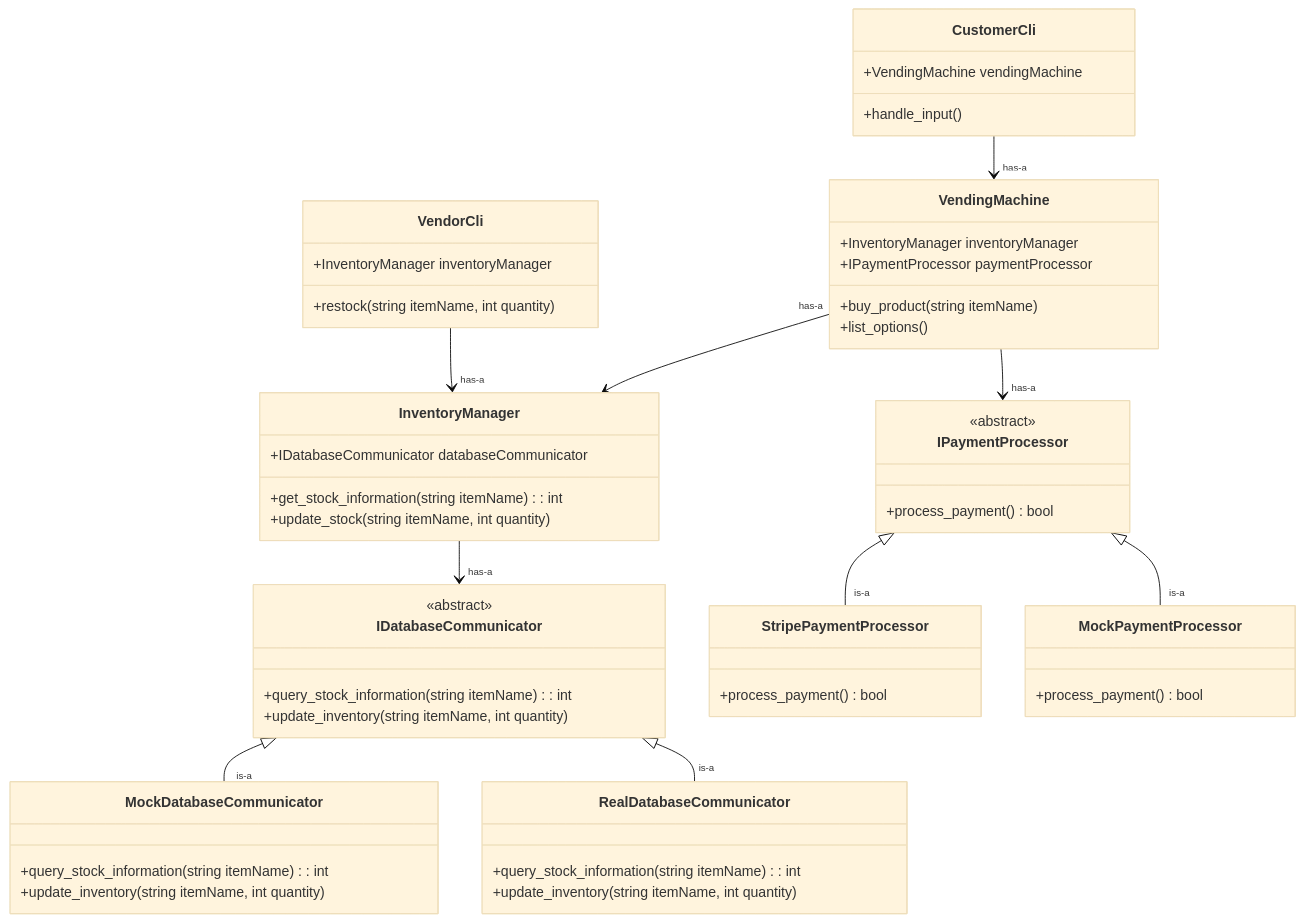
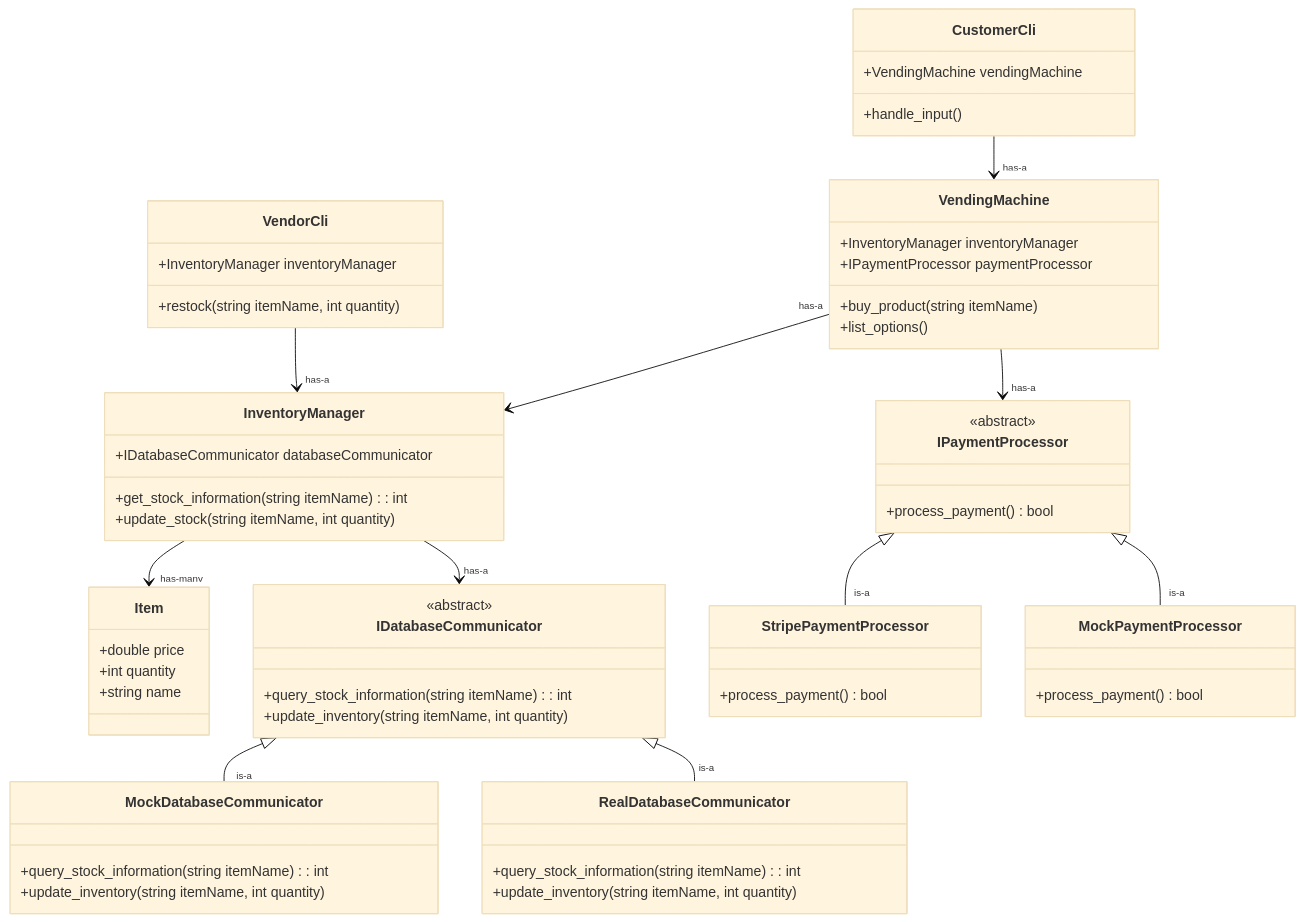
One commit to MrPotato53/Vending-Machine changed the diagram in docs/architecture.md. Above: the diagram before and after it, drawn with Mermaid (base theme). The commit also changed other lines of this file, not shown here.

Commit message:
Updated info about InventoryManager caching Items rather than reading from db every time

````diff
--- a/docs/architecture.md
+++ b/docs/architecture.md
@@ -31,64 +35,71 @@
 ```mermaid
 classDiagram
     class VendingMachine {
         +InventoryManager inventoryManager
         +IPaymentProcessor paymentProcessor
         +buy_product(string itemName)
         +list_options()
     }
 
     class InventoryManager {
         +IDatabaseCommunicator databaseCommunicator
         +get_stock_information(string itemName) : int
         +update_stock(string itemName, int quantity)
+    }
+    
+    class Item {
+        +double price
+        +int quantity
+        +string name
     }
 
     class IDatabaseCommunicator {
         <<abstract>>
         +query_stock_information(string itemName) : int
         +update_inventory(string itemName, int quantity)
     }
 
     class MockDatabaseCommunicator {
         +query_stock_information(string itemName) : int
         +update_inventory(string itemName, int quantity)
     }
 
     class RealDatabaseCommunicator {
         +query_stock_information(string itemName) : int
         +update_inventory(string itemName, int quantity)
     }
 
     class CustomerCli {
         +VendingMachine vendingMachine
         +handle_input()
     }
 
     class VendorCli {
         +InventoryManager inventoryManager
         +restock(string itemName, int quantity)
     }
 
     class IPaymentProcessor {
         <<abstract>>
         +process_payment() bool
     }
 
     class StripePaymentProcessor {
         +process_payment() bool
     }
 
     class MockPaymentProcessor {
         +process_payment() bool
     }
 
     VendingMachine "has-a" --> InventoryManager
     VendorCli --> "has-a" InventoryManager
     InventoryManager --> "has-a" IDatabaseCommunicator
+    InventoryManager --> "has-many" Item
     IDatabaseCommunicator <|-- "is-a" MockDatabaseCommunicator
     IDatabaseCommunicator <|-- "is-a" RealDatabaseCommunicator
     VendingMachine --> "has-a" IPaymentProcessor
     IPaymentProcessor <|-- "is-a" StripePaymentProcessor
     IPaymentProcessor <|-- "is-a" MockPaymentProcessor
     CustomerCli --> "has-a" VendingMachine
 ```
````
